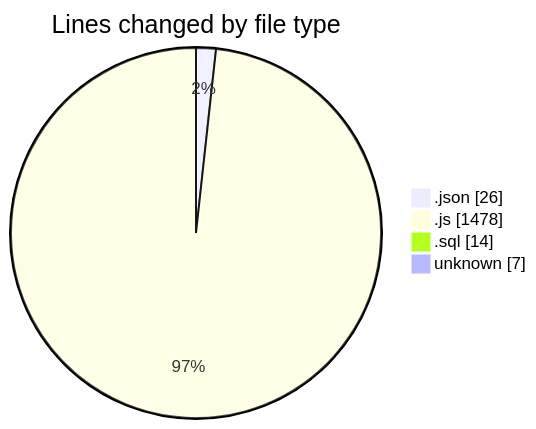
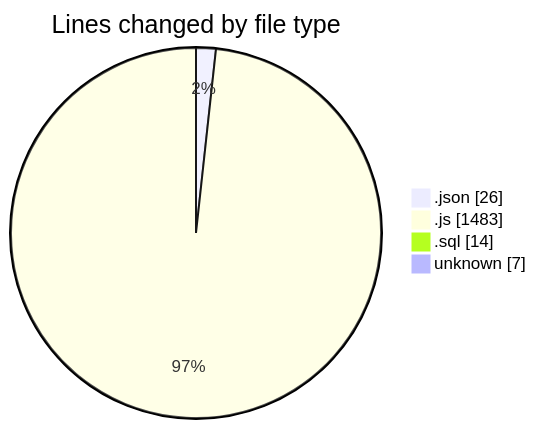
One commit to nxtqubesakshisongat/code-tracking changed the first of 2 diagrams in 2025-09-10/cashcalc/README.md. Above: the diagram before and after it, drawn with Mermaid. The commit also changed other lines of this file and 1 other file, not shown here.

````diff
--- a/2025-09-10/cashcalc/README.md
+++ b/2025-09-10/cashcalc/README.md
@@ -34,8 +34,8 @@
 ```mermaid
 pie showData
 title Lines changed by file type
 ".json" : 26
-".js" : 1478
+".js" : 1483
 ".sql" : 14
 "unknown" : 7
 ```
````
